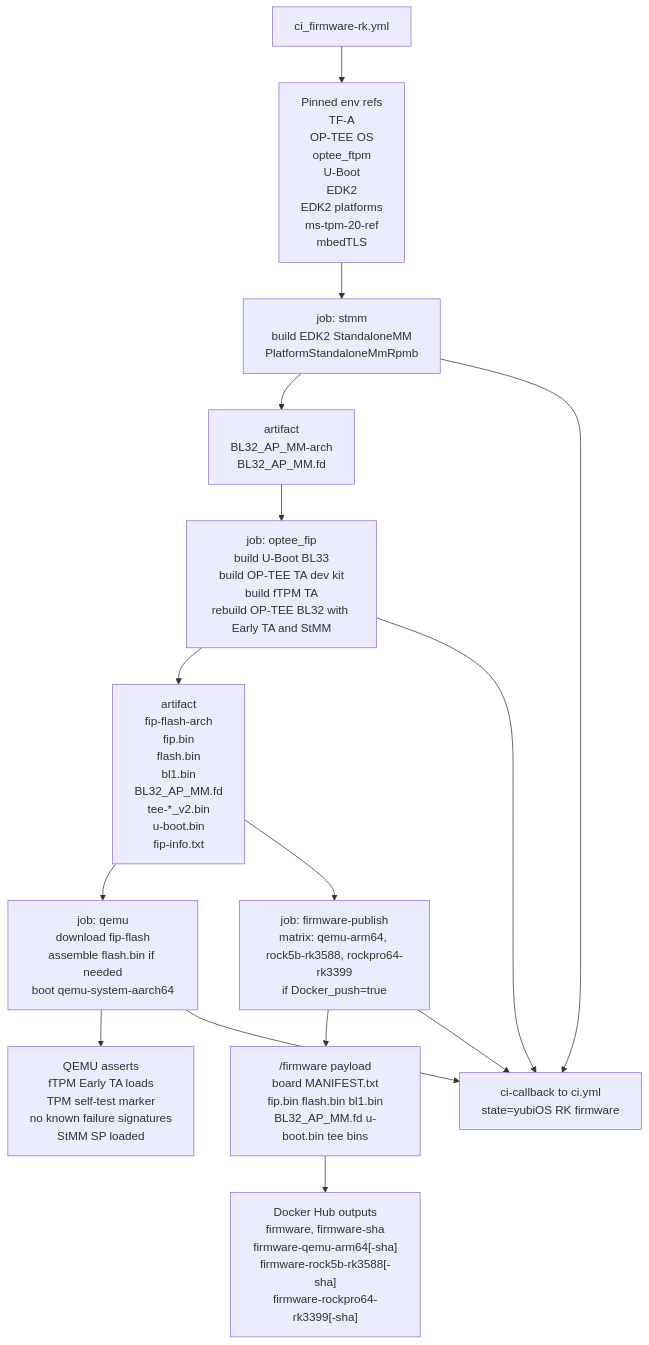
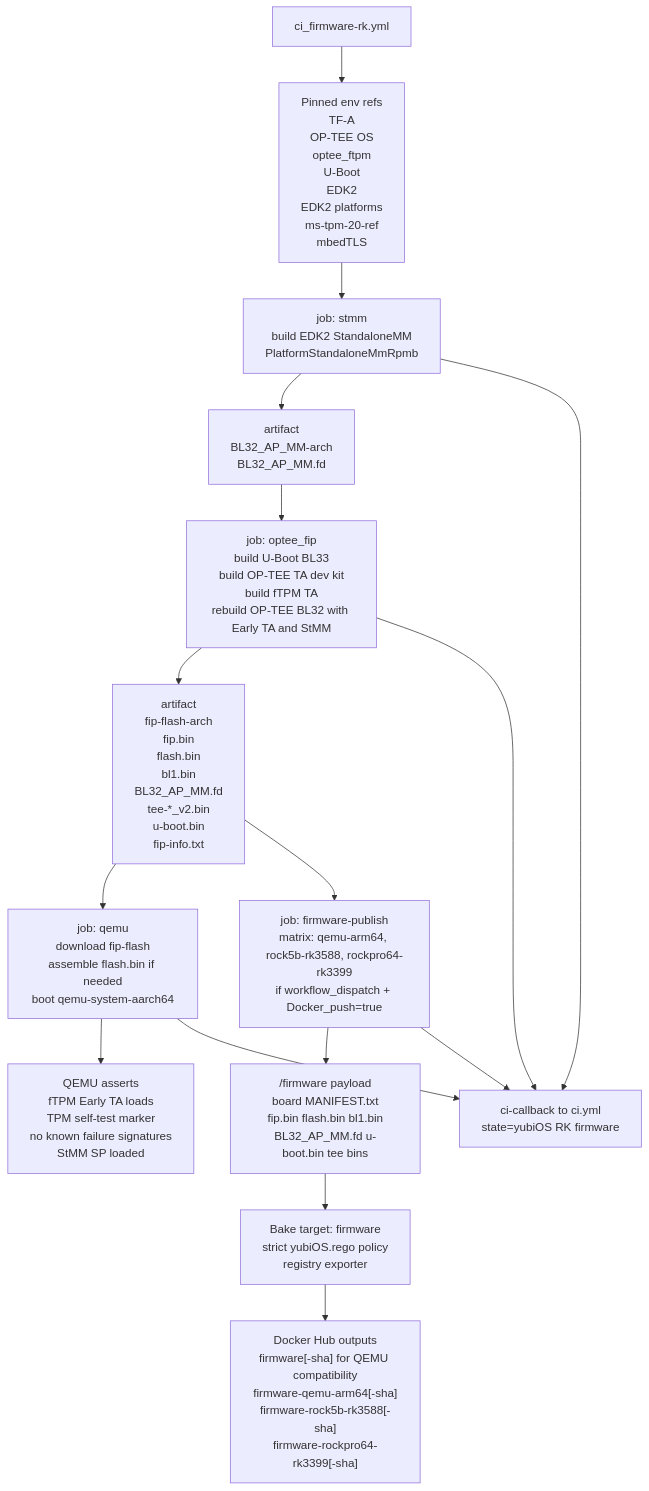
The third of 8 diagrams in CI_MAP.md (corning-croak-cable/yubiOS), drawn with Mermaid before and after one commit. The commit also changed other lines of this file, not shown here.

Commit message:
docs: update CI map for unified Bake workflows

````diff
--- a/CI_MAP.md
+++ b/CI_MAP.md
@@ -73,23 +126,24 @@
 ```mermaid
 flowchart TD
     wf["ci_firmware-rk.yml"]
     refs["Pinned env refs\nTF-A\nOP-TEE OS\noptee_ftpm\nU-Boot\nEDK2\nEDK2 platforms\nms-tpm-20-ref\nmbedTLS"]
     stmm["job: stmm\nbuild EDK2 StandaloneMM\nPlatformStandaloneMmRpmb"]
     stmm_out["artifact\nBL32_AP_MM-arch\nBL32_AP_MM.fd"]
     optee["job: optee_fip\nbuild U-Boot BL33\nbuild OP-TEE TA dev kit\nbuild fTPM TA\nrebuild OP-TEE BL32 with Early TA and StMM"]
     optee_out["artifact\nfip-flash-arch\nfip.bin\nflash.bin\nbl1.bin\nBL32_AP_MM.fd\ntee-*_v2.bin\nu-boot.bin\nfip-info.txt"]
     qemu["job: qemu\ndownload fip-flash\nassemble flash.bin if needed\nboot qemu-system-aarch64"]
     asserts["QEMU asserts\nfTPM Early TA loads\nTPM self-test marker\nno known failure signatures\nStMM SP loaded"]
-    publish["job: firmware-publish\nmatrix: qemu-arm64, rock5b-rk3588, rockpro64-rk3399\nif Docker_push=true"]
+    publish["job: firmware-publish\nmatrix: qemu-arm64, rock5b-rk3588, rockpro64-rk3399\nif workflow_dispatch + Docker_push=true"]
     fw_payload["/firmware payload\nboard MANIFEST.txt\nfip.bin flash.bin bl1.bin\nBL32_AP_MM.fd u-boot.bin tee bins"]
-    fw_registry["Docker Hub outputs\nfirmware, firmware-sha\nfirmware-qemu-arm64[-sha]\nfirmware-rock5b-rk3588[-sha]\nfirmware-rockpro64-rk3399[-sha]"]
+    bake["Bake target: firmware\nstrict yubiOS.rego policy\nregistry exporter"]
+    fw_registry["Docker Hub outputs\nfirmware[-sha] for QEMU compatibility\nfirmware-qemu-arm64[-sha]\nfirmware-rock5b-rk3588[-sha]\nfirmware-rockpro64-rk3399[-sha]"]
     cb["ci-callback to ci.yml\nstate=yubiOS RK firmware"]
 
     wf --> refs
     refs --> stmm --> stmm_out --> optee --> optee_out --> qemu --> asserts
-    optee_out --> publish --> fw_payload --> fw_registry
+    optee_out --> publish --> fw_payload --> bake --> fw_registry
     stmm --> cb
     optee --> cb
     qemu --> cb
     publish --> cb
 ```
````
